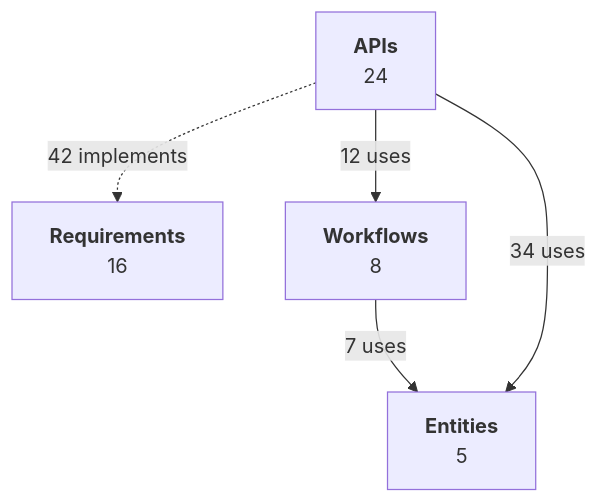
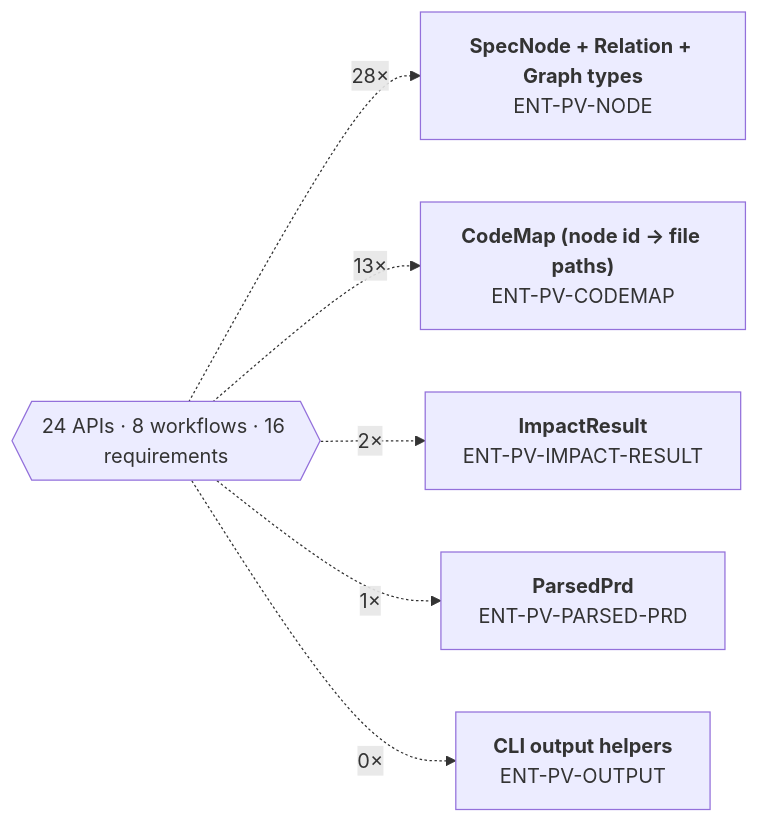
One commit to miles-hs-lee/PolarisVibeSpec changed the first of 2 diagrams in spec/PV.md. Above: the diagram before and after it, drawn with Mermaid. The commit also changed other lines of this file and 2 other files, not shown here.

First line of the commit message:
spec/<DOMAIN>.md diagrams: name actual entities + cite top requirements

````diff
--- a/spec/PV.md
+++ b/spec/PV.md
@@ -7,11 +9,14 @@
 ```mermaid
-graph TB
-  Reqs["<b>Requirements</b><br/>16"]
-  APIs["<b>APIs</b><br/>24"]
-  Workflows["<b>Workflows</b><br/>8"]
-  Entities["<b>Entities</b><br/>5"]
-  Workflows -- "7 uses" --> Entities
-  APIs -. "42 implements" .-> Reqs
-  APIs -- "12 uses" --> Workflows
-  APIs -- "34 uses" --> Entities
+graph LR
+  Source{{"24 APIs · 8 workflows · 16 requirements"}}
+  n_ENT_PV_NODE["<b>SpecNode + Relation + Graph types</b><br/>ENT-PV-NODE"]
+  Source -. "28×" .-> n_ENT_PV_NODE
+  n_ENT_PV_CODEMAP["<b>CodeMap (node id → file paths)</b><br/>ENT-PV-CODEMAP"]
+  Source -. "13×" .-> n_ENT_PV_CODEMAP
+  n_ENT_PV_IMPACT_RESULT["<b>ImpactResult</b><br/>ENT-PV-IMPACT-RESULT"]
+  Source -. "2×" .-> n_ENT_PV_IMPACT_RESULT
+  n_ENT_PV_PARSED_PRD["<b>ParsedPrd</b><br/>ENT-PV-PARSED-PRD"]
+  Source -. "1×" .-> n_ENT_PV_PARSED_PRD
+  n_ENT_PV_OUTPUT["<b>CLI output helpers</b><br/>ENT-PV-OUTPUT"]
+  Source -. "0×" .-> n_ENT_PV_OUTPUT
 ```
````
